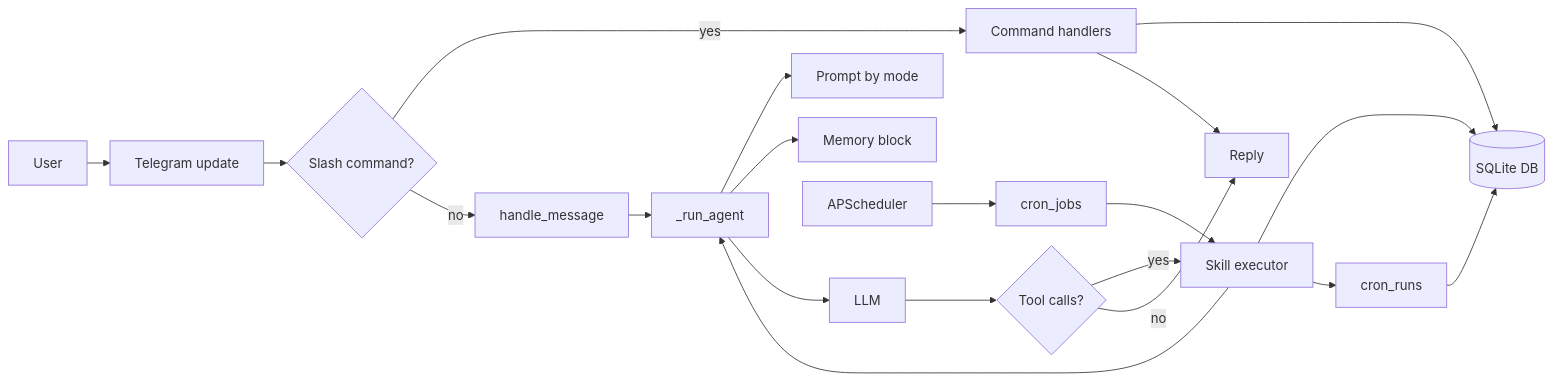
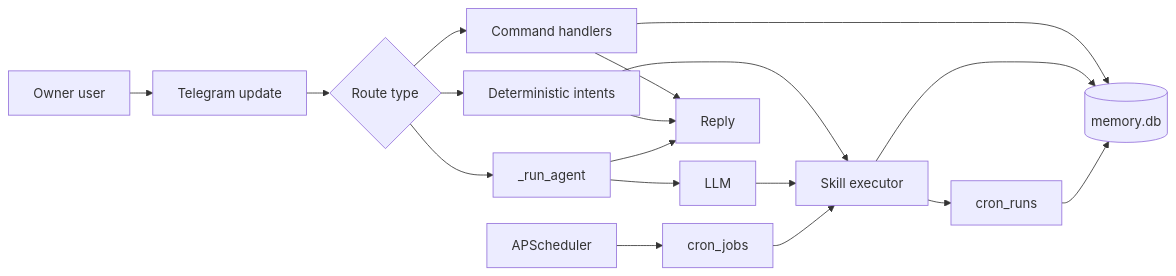
Before and after one commit to xbosch/XoBop: the diagram in README.md, drawn with Mermaid. The commit also changed other lines of this file and 6 other files, not shown here.

Commit message:
Stabilize command routing and smoke verification; refresh README with current DB architecture

````diff
--- a/README.md
+++ b/README.md
@@ -140,27 +174,25 @@
 ```mermaid
-%%{init: {'flowchart': {'useMaxWidth': true, 'nodeSpacing': 24, 'rankSpacing': 28}, 'theme': 'default'}}%%
+%%{init: {'flowchart': {'useMaxWidth': true, 'nodeSpacing': 22, 'rankSpacing': 28}, 'theme': 'default'}}%%
 flowchart LR
-    U[User] --> T[Telegram update]
-    T --> R{Slash command?}
+    U[Owner user] --> T[Telegram update]
+    T --> R{Route type}
 
-    R -- yes --> C[Command handlers]
-    C --> DB[(SQLite DB)]
+    R --> C[Command handlers]
+    R --> D[Deterministic intents]
+    R --> A[_run_agent]
+
+    C --> DB[(memory.db)]
+    D --> S[Skill executor]
+    A --> L[LLM]
+    L --> S
+    S --> DB
+
+    J[APScheduler] --> CJ[cron_jobs]
+    CJ --> S
+    S --> CR[cron_runs]
+    CR --> DB
+
     C --> O[Reply]
-
-    R -- no --> H[handle_message]
-    H --> A[_run_agent]
-    A --> P[Prompt by mode]
-    A --> M[Memory block]
-    A --> L[LLM]
-
-    L --> K{Tool calls?}
-    K -- yes --> S[Skill executor]
-    S --> DB
-    S --> A
-    K -- no --> O
-
-    J[APScheduler] --> Q[cron_jobs]
-    Q --> S
-    S --> X[cron_runs]
-    X --> DB
+    D --> O
+    A --> O
 ```
````
